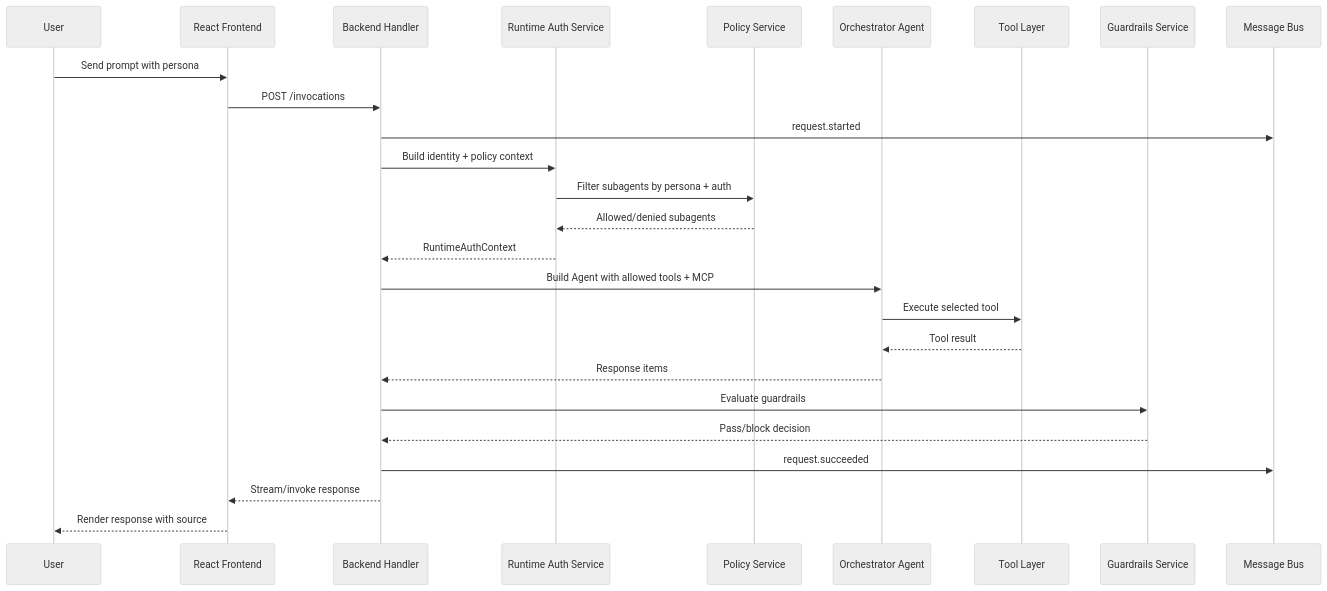
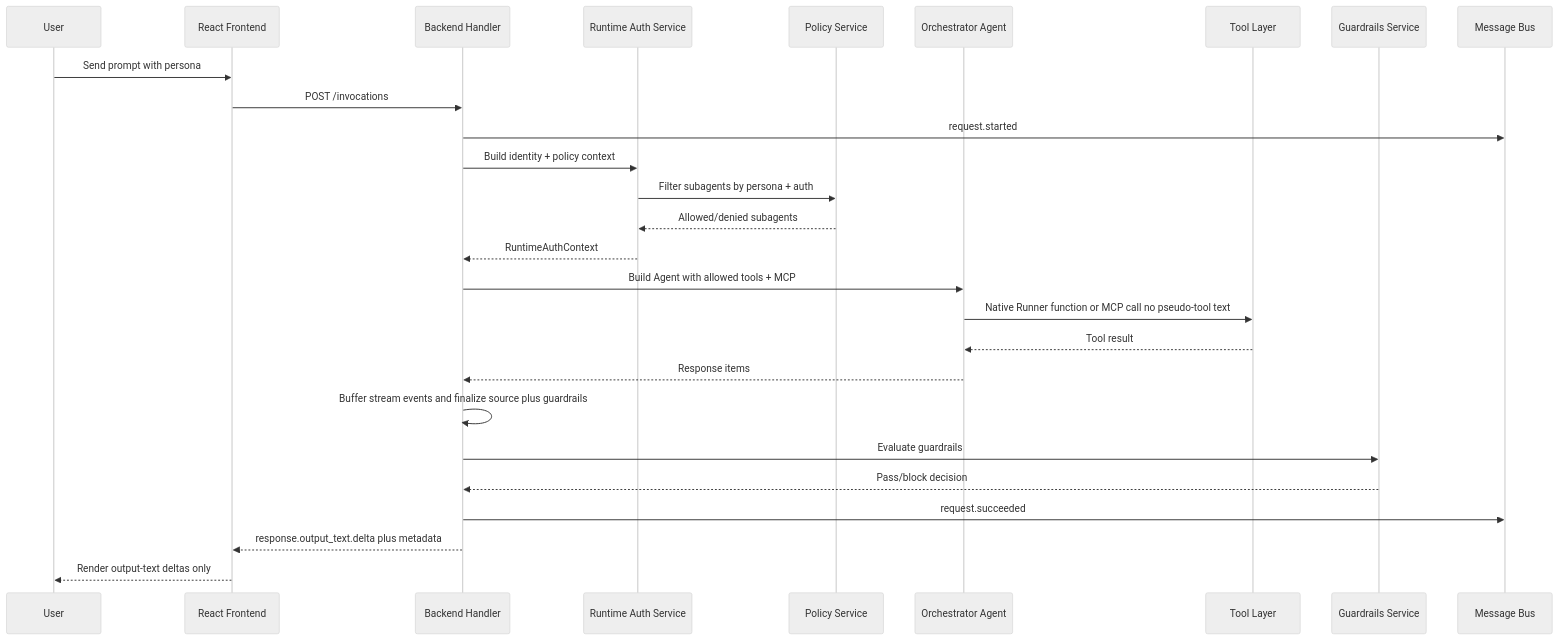
The seventh of 15 diagrams in docs/architecture/design-artifacts/00-architecture-board-review.md (wchen-dea/Governed-Multi-Agent-Intelligence-on-Databricks), drawn with Mermaid (neutral theme) before and after one commit. The commit also changed other lines of this file and 4 other files, not shown here.

````diff
--- a/docs/architecture/design-artifacts/00-architecture-board-review.md
+++ b/docs/architecture/design-artifacts/00-architecture-board-review.md
@@ -166,29 +166,30 @@
 ```mermaid
 sequenceDiagram
     participant U as User
     participant FE as React Frontend
     participant BE as Backend Handler
     participant RA as Runtime Auth Service
     participant POL as Policy Service
     participant OR as Orchestrator Agent
     participant TL as Tool Layer
     participant GR as Guardrails Service
     participant MB as Message Bus
 
     U->>FE: Send prompt with persona
     FE->>BE: POST /invocations
     BE->>MB: request.started
     BE->>RA: Build identity + policy context
     RA->>POL: Filter subagents by persona + auth
     POL-->>RA: Allowed/denied subagents
     RA-->>BE: RuntimeAuthContext
     BE->>OR: Build Agent with allowed tools + MCP
-    OR->>TL: Execute selected tool
+    OR->>TL: Native Runner function or MCP call no pseudo-tool text
     TL-->>OR: Tool result
     OR-->>BE: Response items
+    BE->>BE: Buffer stream events and finalize source plus guardrails
     BE->>GR: Evaluate guardrails
     GR-->>BE: Pass/block decision
     BE->>MB: request.succeeded
-    BE-->>FE: Stream/invoke response
-    FE-->>U: Render response with source
+    BE-->>FE: response.output_text.delta plus metadata
+    FE-->>U: Render output-text deltas only
 ```
````
